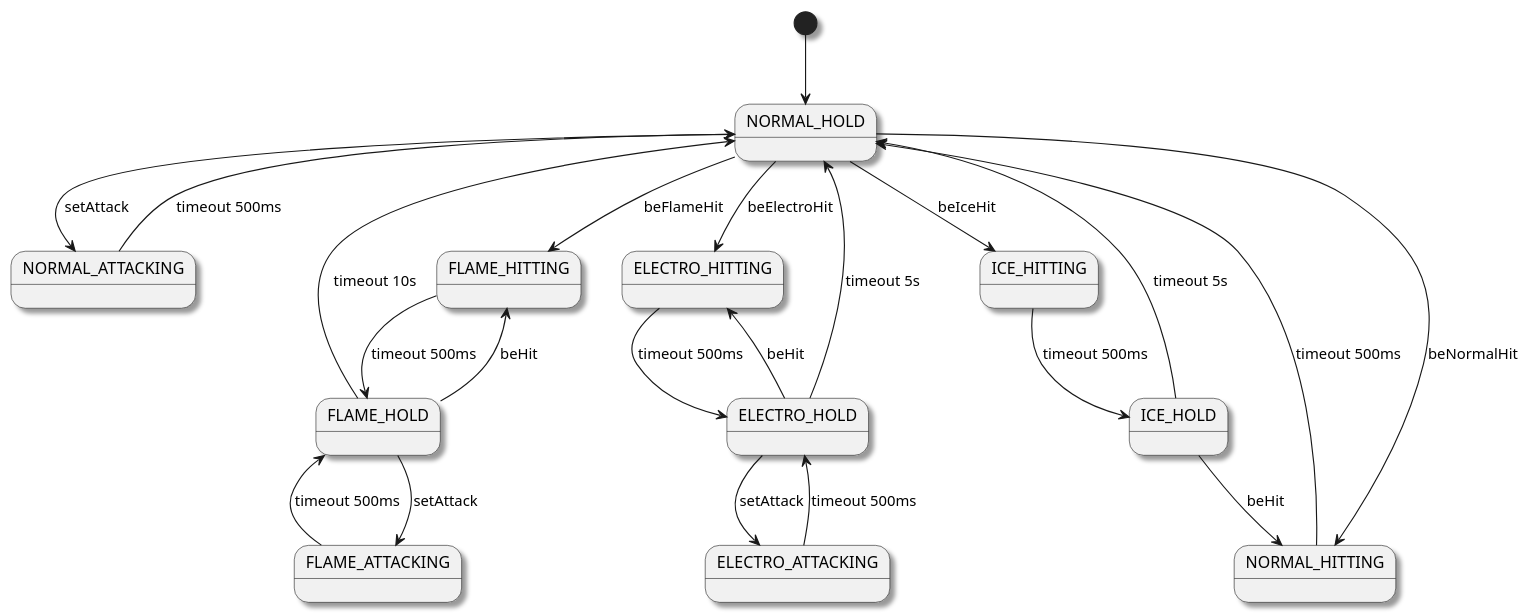
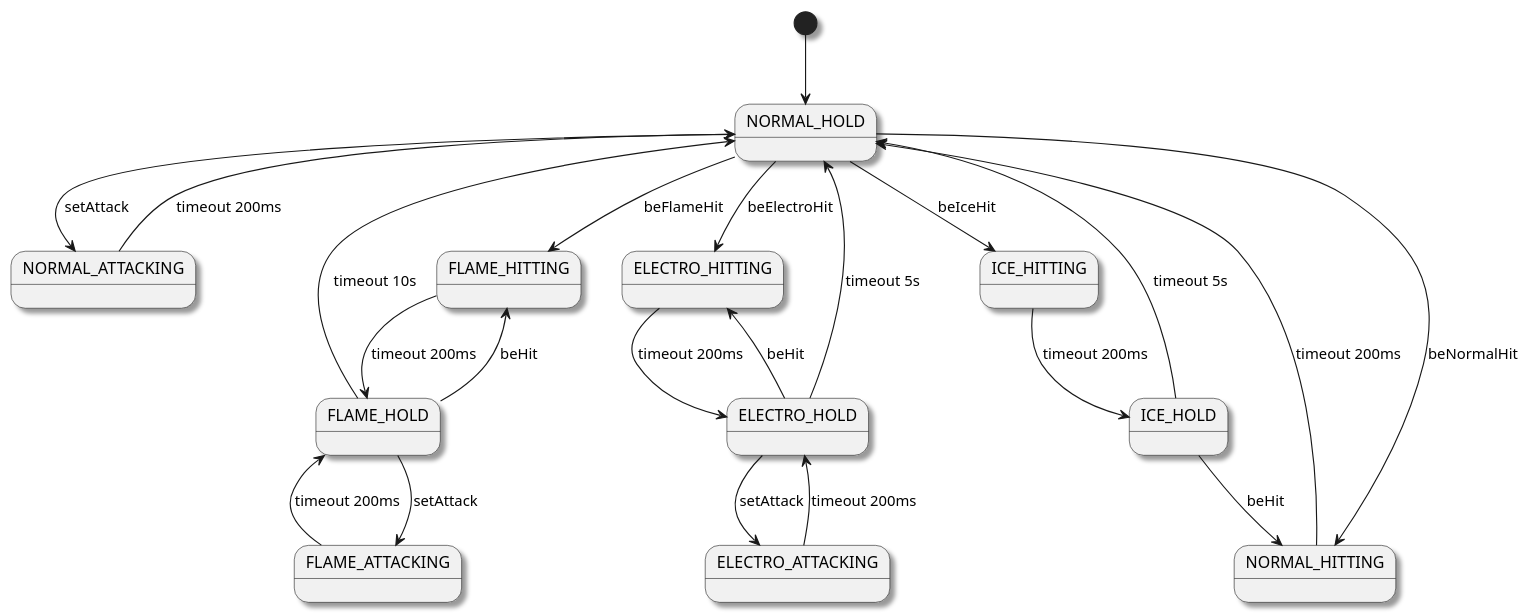
One commit to tingyunaiai9/The-Journey-of-Wizard changed the diagram in doc/hero_state.pu. Above: the diagram before and after it, drawn with PlantUML. The commit also changed 4 other files, not shown here.

```diff
--- a/doc/hero_state.pu
+++ b/doc/hero_state.pu
@@ -1,34 +1,34 @@
 @startuml
 
 skinparam shadowing true
 
 [*] --> NORMAL_HOLD
 
 NORMAL_HOLD --> NORMAL_ATTACKING : setAttack
 NORMAL_HOLD --> NORMAL_HITTING : beNormalHit
 NORMAL_HOLD --> FLAME_HITTING : beFlameHit
 NORMAL_HOLD --> ICE_HITTING : beIceHit
 NORMAL_HOLD --> ELECTRO_HITTING : beElectroHit
-NORMAL_ATTACKING --> NORMAL_HOLD : timeout 500ms
-NORMAL_HITTING --> NORMAL_HOLD : timeout 500ms
+NORMAL_ATTACKING --> NORMAL_HOLD : timeout 200ms
+NORMAL_HITTING --> NORMAL_HOLD : timeout 200ms
 
 FLAME_HOLD --> FLAME_ATTACKING : setAttack
 FLAME_HOLD --> FLAME_HITTING : beHit
 FLAME_HOLD --> NORMAL_HOLD : timeout 10s
-FLAME_ATTACKING --> FLAME_HOLD : timeout 500ms
-FLAME_HITTING --> FLAME_HOLD : timeout 500ms
+FLAME_ATTACKING --> FLAME_HOLD : timeout 200ms
+FLAME_HITTING --> FLAME_HOLD : timeout 200ms
 
 ICE_HOLD --> NORMAL_HITTING : beHit
 ICE_HOLD --> NORMAL_HOLD : timeout 5s
-ICE_HITTING --> ICE_HOLD : timeout 500ms
+ICE_HITTING --> ICE_HOLD : timeout 200ms
 
 ELECTRO_HOLD --> ELECTRO_ATTACKING : setAttack
 ELECTRO_HOLD --> ELECTRO_HITTING : beHit
 ELECTRO_HOLD --> NORMAL_HOLD : timeout 5s
-ELECTRO_ATTACKING --> ELECTRO_HOLD : timeout 500ms
-ELECTRO_HITTING --> ELECTRO_HOLD : timeout 500ms
+ELECTRO_ATTACKING --> ELECTRO_HOLD : timeout 200ms
+ELECTRO_HITTING --> ELECTRO_HOLD : timeout 200ms
 
 
 
 
 @enduml
```
